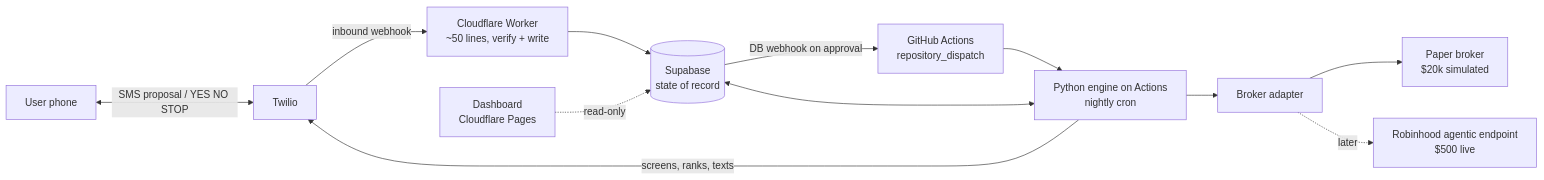
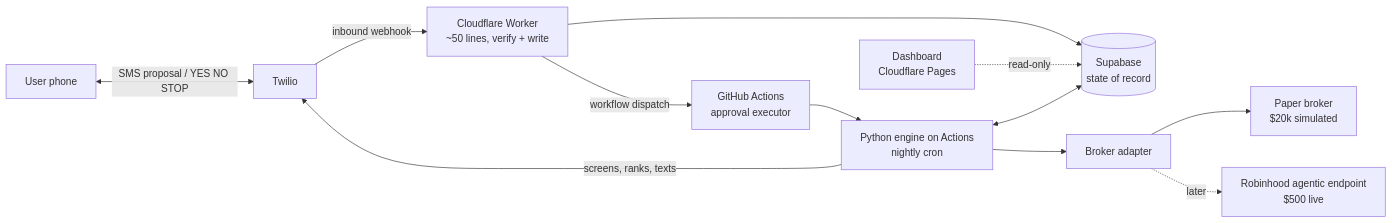
Before and after one commit to nihaltalakokulla/stock-trader: the diagram in docs/superpowers/specs/2026-11-27-stock-trader-design.md, drawn with Mermaid. The commit also changed other lines of this file and 3 other files, not shown here.

Commit message:
feat: add Supabase schema and setup docs

````diff
--- a/docs/superpowers/specs/2026-11-27-stock-trader-design.md
+++ b/docs/superpowers/specs/2026-11-27-stock-trader-design.md
@@ -40,14 +40,14 @@
 ```mermaid
 flowchart LR
     U[User phone] <-->|SMS proposal / YES NO STOP| T[Twilio]
     T -->|inbound webhook| W[Cloudflare Worker<br/>~50 lines, verify + write]
     W --> S[(Supabase<br/>state of record)]
-    S -->|DB webhook on approval| G[GitHub Actions<br/>repository_dispatch]
+    W -->|workflow dispatch| G[GitHub Actions<br/>approval executor]
     E[Python engine on Actions<br/>nightly cron] -->|screens, ranks, texts| T
     E <--> S
     G --> E
     E --> B[Broker adapter]
     B --> P[Paper broker<br/>$20k simulated]
     B -. later .-> R[Robinhood agentic endpoint<br/>$500 live]
     D[Dashboard<br/>Cloudflare Pages] -. read-only .-> S
 ```
````
